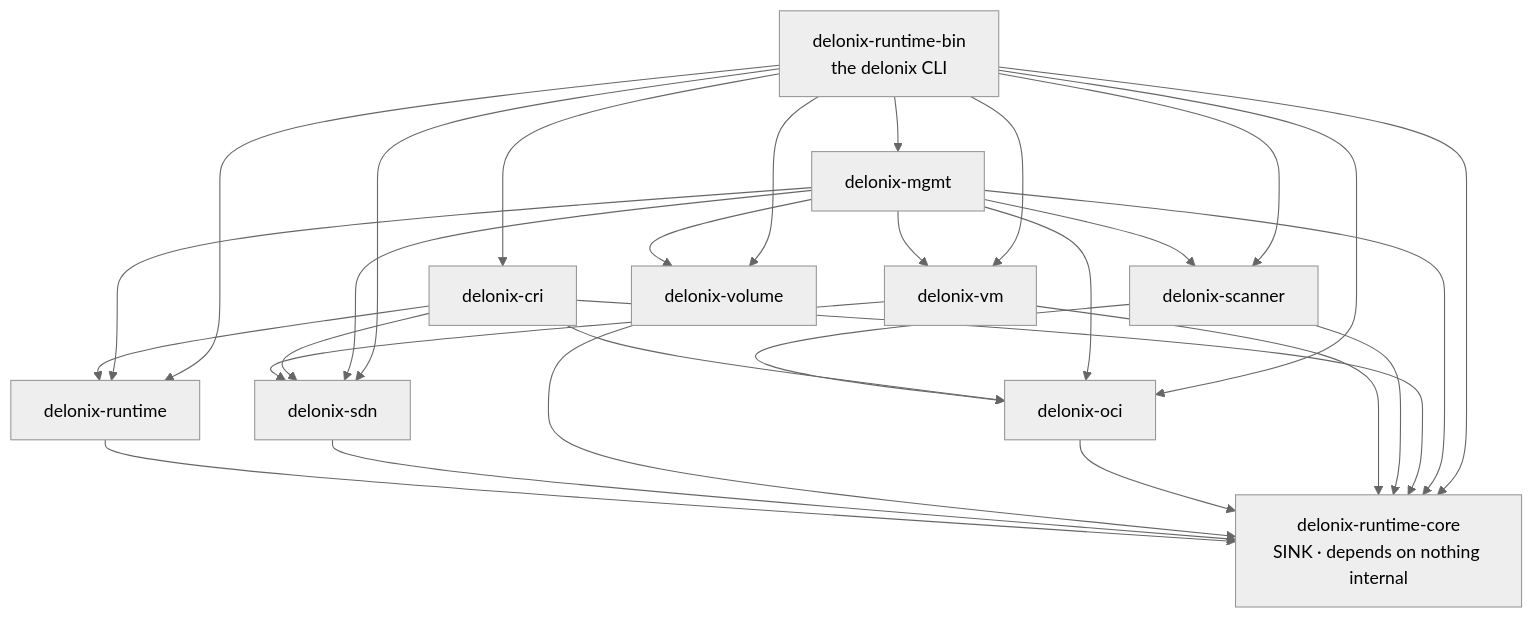
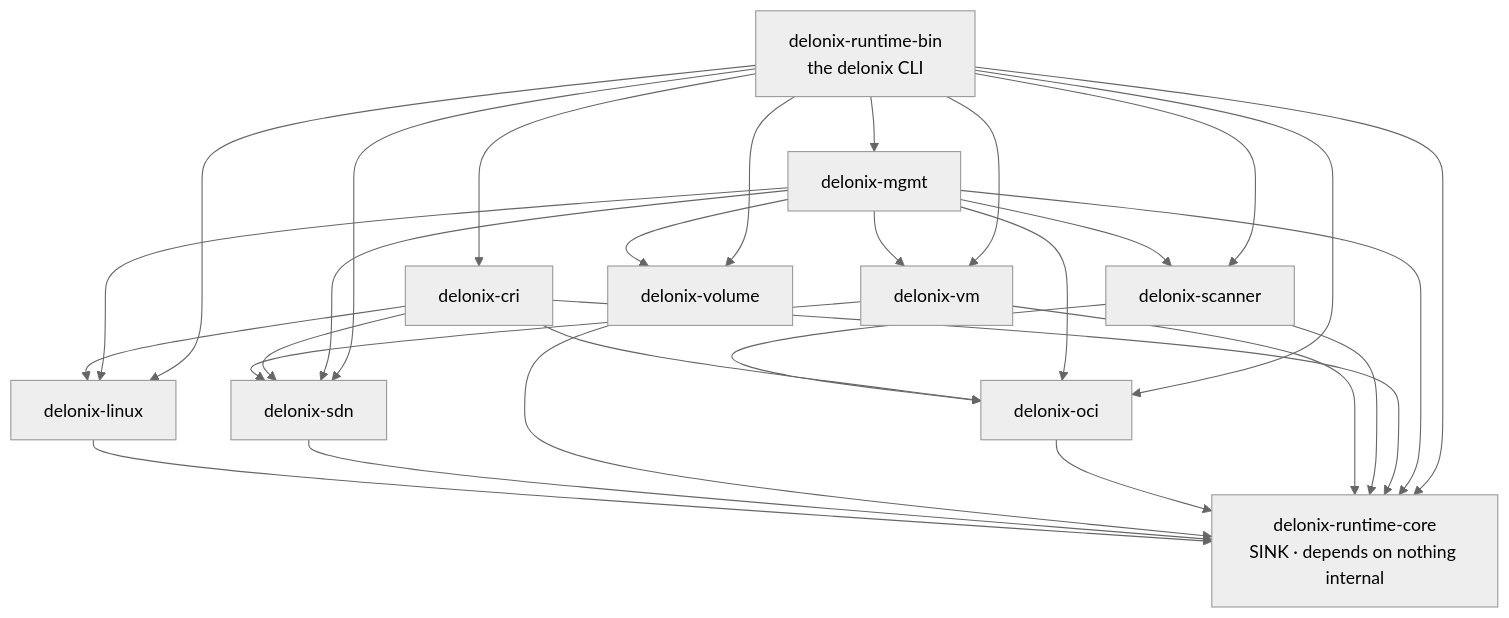
The diagram in docs/runtime/dependency-map.md (angolardevops/delonix-runtime), drawn with Mermaid (neutral theme) before and after one commit. The commit also changed 75 other files, not shown here.

First line of the commit message:
arch(P3q): delonix-runtime passa a chamar-se delonix-linux

````diff
--- a/docs/runtime/dependency-map.md
+++ b/docs/runtime/dependency-map.md
@@ -9,38 +9,38 @@
 ```mermaid
 graph TD
     core[delonix-runtime-core<br/>SINK · depends on nothing internal]
 
-    runtime[delonix-runtime] --> core
+    runtime[delonix-linux] --> core
     net[delonix-sdn] --> core
     volume[delonix-volume] --> core
     image[delonix-oci] --> core
 
     vm[delonix-vm] --> core
     vm --> net
 
     scan[delonix-scanner] --> core
     scan --> image
 
     cri[delonix-cri] --> core
     cri --> runtime
     cri --> image
     cri --> net
 
     mgmt[delonix-mgmt] --> core
     mgmt --> runtime
     mgmt --> volume
     mgmt --> image
     mgmt --> scan
     mgmt --> vm
     mgmt --> net
 
     bin[delonix-runtime-bin<br/>the delonix CLI] --> core
     bin --> runtime
     bin --> image
     bin --> vm
     bin --> volume
     bin --> scan
     bin --> cri
     bin --> mgmt
     bin --> net
 ```
````
